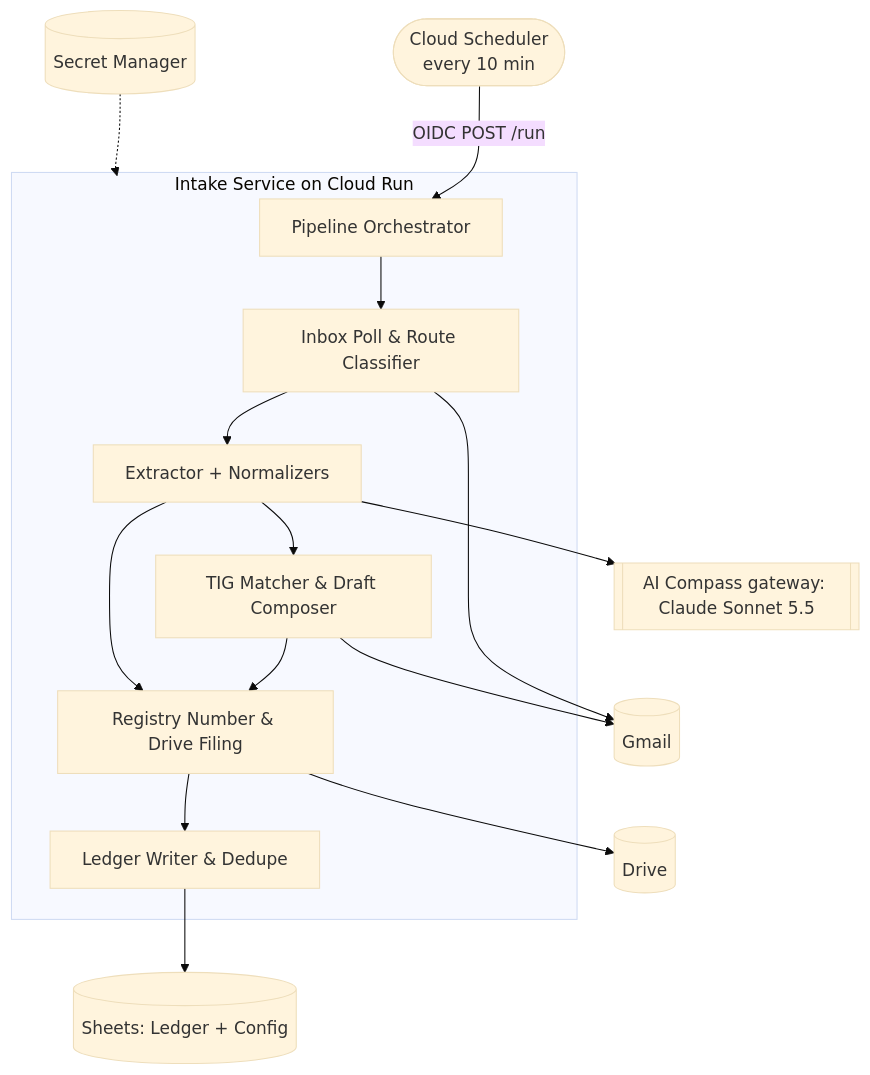
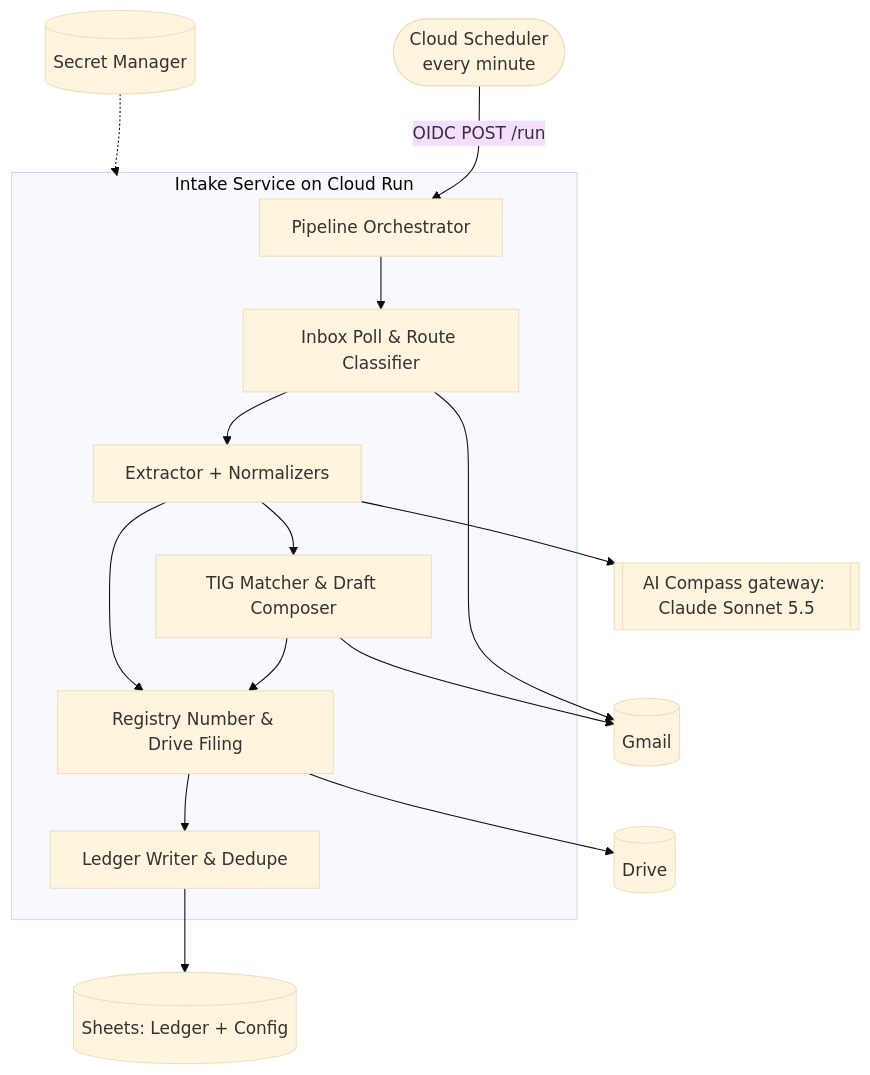
Before and after one commit to Adigolyo/invoice-processing: the diagram in README.md, drawn with Mermaid (base theme). The commit also changed other lines of this file and 4 other files, not shown here.

First line of the commit message:
feat(infra): poll every minute instead of every 10 minutes

````diff
--- a/README.md
+++ b/README.md
@@ -42,21 +42,21 @@
 ```mermaid
 flowchart TB
-    Scheduler([Cloud Scheduler<br/>every 10 min]) -->|OIDC POST /run| Orchestrator
+    Scheduler([Cloud Scheduler<br/>every minute]) -->|OIDC POST /run| Orchestrator
     subgraph Run[Intake Service on Cloud Run]
         Orchestrator[Pipeline Orchestrator]
         Classify[Inbox Poll & Route Classifier]
         Extract[Extractor + Normalizers]
         Reconcile[TIG Matcher & Draft Composer]
         Registry[Registry Number & Drive Filing]
         Ledger[Ledger Writer & Dedupe]
         Orchestrator --> Classify --> Extract
         Extract --> Reconcile --> Registry
         Extract --> Registry --> Ledger
     end
     Classify --> Gmail[(Gmail)]
     Reconcile --> Gmail
     Extract --> Compass[[AI Compass gateway: Claude Sonnet 5.5]]
     Registry --> Drive[(Drive)]
     Ledger --> Sheets[(Sheets: Ledger + Config)]
     Secrets[(Secret Manager)] -.-> Run
 ```
````
